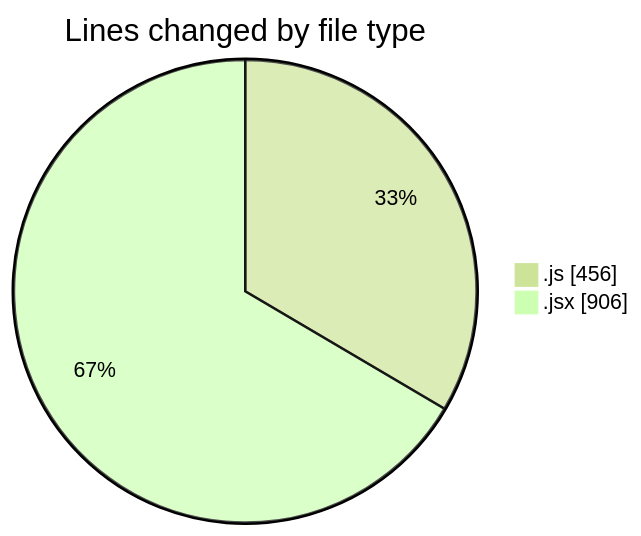
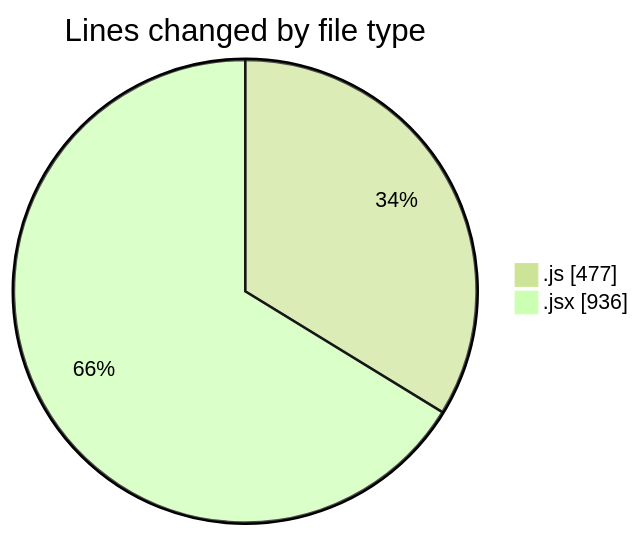
The first of 2 diagrams in 2025-01-13/termonied-web/README.md (robertbonfada/code-tracking), drawn with Mermaid (forest theme) before and after one commit. The commit also changed other lines of this file and 1 other file, not shown here.

````diff
--- a/2025-01-13/termonied-web/README.md
+++ b/2025-01-13/termonied-web/README.md
@@ -22,6 +22,6 @@
 ```mermaid
 pie showData
 title Lines changed by file type
-".js" : 456
-".jsx" : 906
+".js" : 477
+".jsx" : 936
 ```
````
